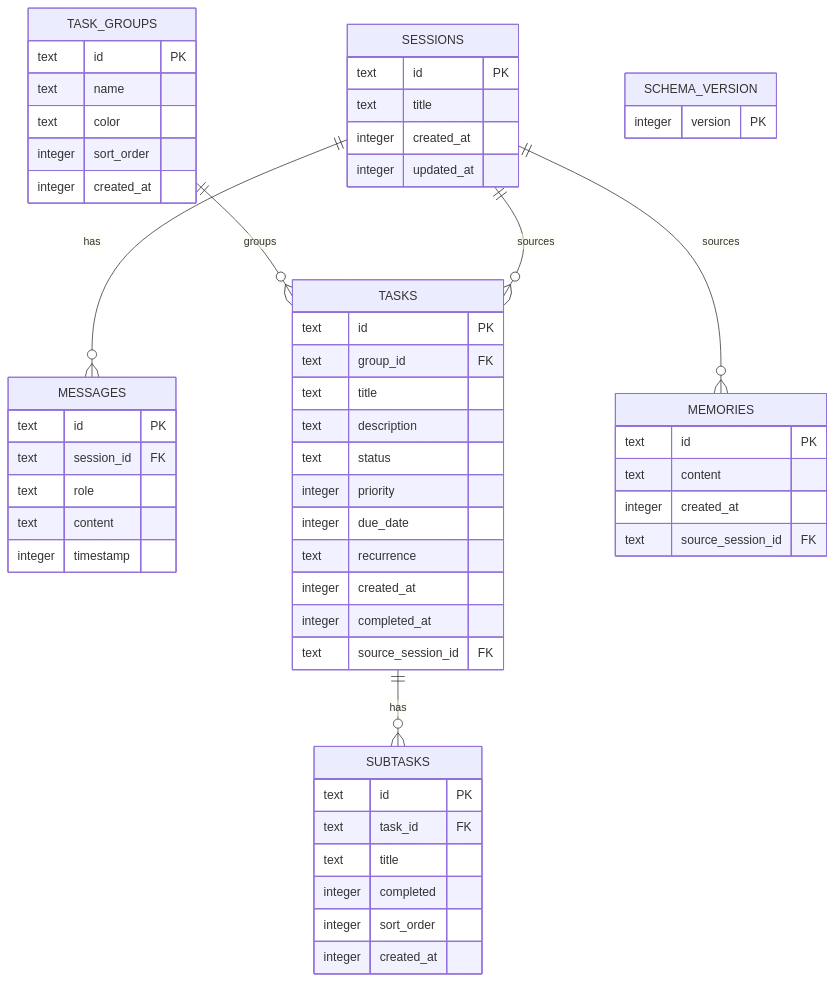
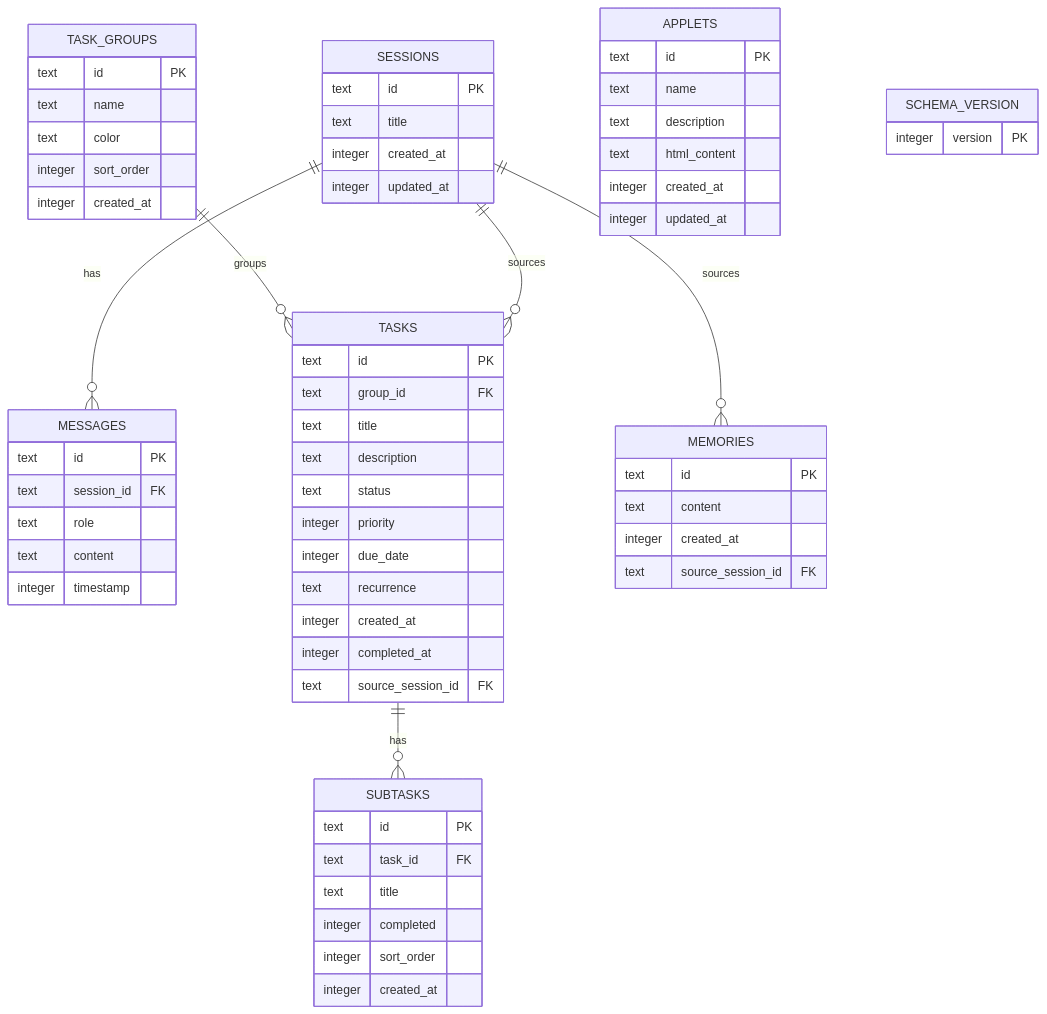
The diagram in documentation/database_schema.md (hadealahmad/KDE-Assisstant), drawn with Mermaid before and after one commit. The commit also changed other lines of this file and 7 other files, not shown here.

````diff
--- a/documentation/database_schema.md
+++ b/documentation/database_schema.md
@@ -32,65 +32,74 @@
 ```mermaid
 erDiagram
     SESSIONS ||--o{ MESSAGES : "has"
     TASK_GROUPS ||--o{ TASKS : "groups"
     TASKS ||--o{ SUBTASKS : "has"
     SESSIONS ||--o{ MEMORIES : "sources"
     SESSIONS ||--o{ TASKS : "sources"
 
     SESSIONS {
         text id PK
         text title
         integer created_at
         integer updated_at
     }
 
     MESSAGES {
         text id PK
         text session_id FK
         text role
         text content
         integer timestamp
     }
 
     MEMORIES {
         text id PK
         text content
         integer created_at
         text source_session_id FK
     }
 
     TASK_GROUPS {
         text id PK
         text name
         text color
         integer sort_order
         integer created_at
     }
 
     TASKS {
         text id PK
         text group_id FK
         text title
         text description
         text status
         integer priority
         integer due_date
         text recurrence
         integer created_at
         integer completed_at
         text source_session_id FK
     }
 
     SUBTASKS {
         text id PK
         text task_id FK
         text title
         integer completed
         integer sort_order
         integer created_at
     }
 
+    APPLETS {
+        text id PK
+        text name
+        text description
+        text html_content
+        integer created_at
+        integer updated_at
+    }
+
     SCHEMA_VERSION {
         integer version PK
     }
 ```
````
